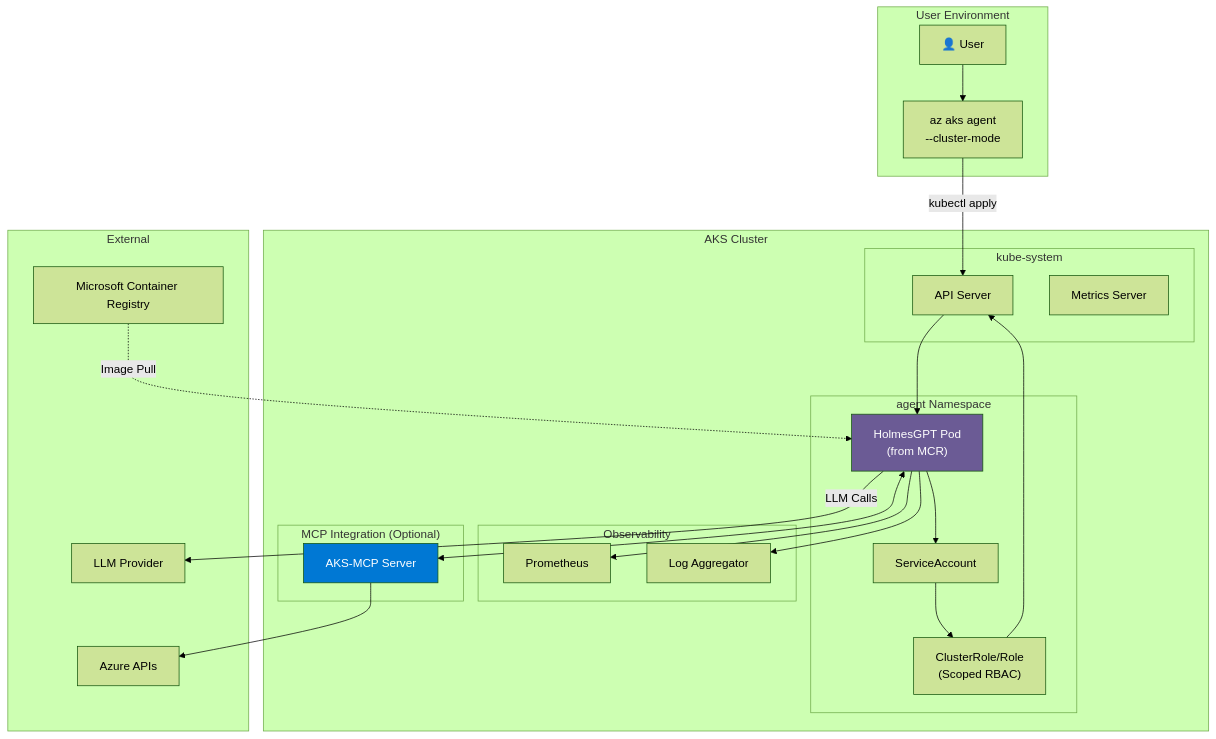
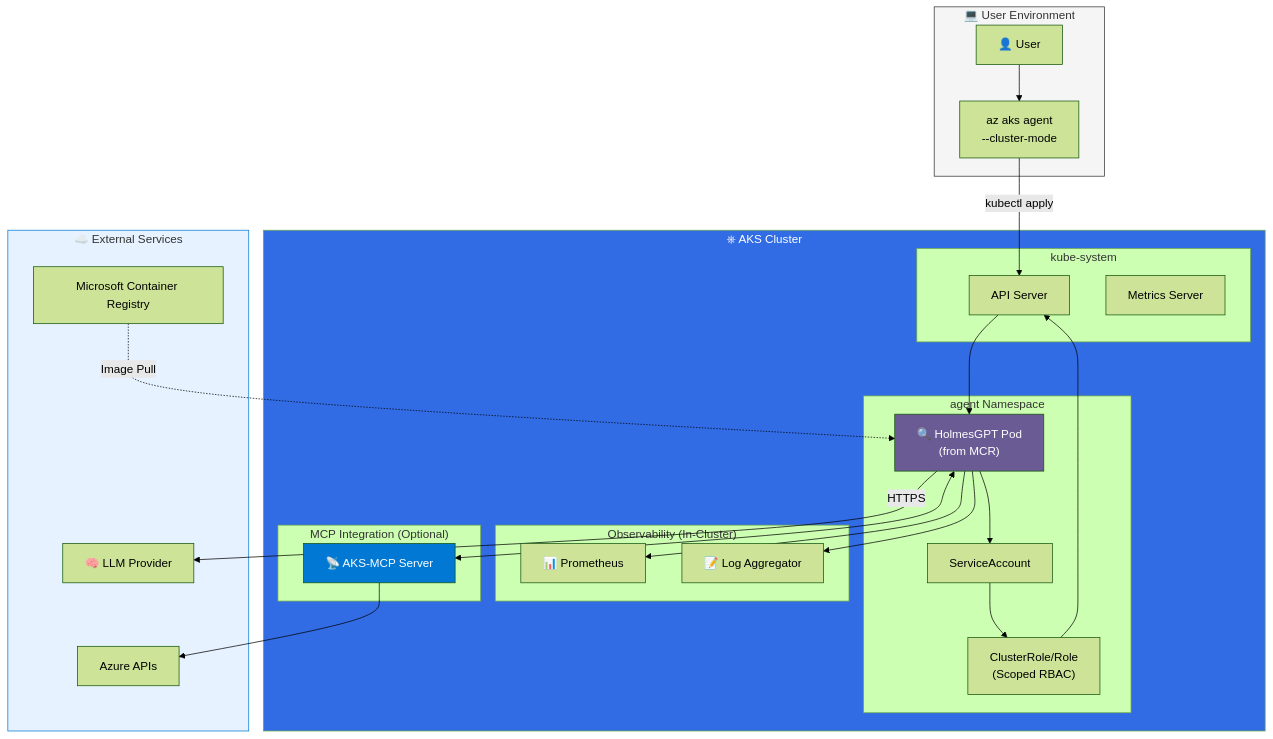
One commit to srinman/platform-engineering changed diagram 11 of 12 in platform-agentic-ai-enhanced.md. Above: the diagram before and after it, drawn with Mermaid (forest theme). The commit also changed other lines of this file, not shown here.

````diff
--- a/platform-agentic-ai-enhanced.md
+++ b/platform-agentic-ai-enhanced.md
@@ -603,51 +709,54 @@
 ```mermaid
 flowchart TB
-    subgraph "User Environment"
+    subgraph DESKTOP["💻 User Environment"]
         USER["👤 User"]
         CLI["az aks agent<br/>--cluster-mode"]
     end
     
-    subgraph "AKS Cluster"
+    subgraph CLUSTER["⎈ AKS Cluster"]
         subgraph "agent Namespace"
-            AGENT_POD["HolmesGPT Pod<br/>(from MCR)"]
+            AGENT_POD["🔍 HolmesGPT Pod<br/>(from MCR)"]
             AGENT_SA["ServiceAccount"]
             AGENT_ROLE["ClusterRole/Role<br/>(Scoped RBAC)"]
         end
         
         subgraph "kube-system"
             API_SERVER["API Server"]
             METRICS["Metrics Server"]
         end
         
-        subgraph "Observability"
-            PROM["Prometheus"]
-            LOGS["Log Aggregator"]
+        subgraph "Observability (In-Cluster)"
+            PROM["📊 Prometheus"]
+            LOGS["📝 Log Aggregator"]
         end
         
         subgraph "MCP Integration (Optional)"
-            AKS_MCP["AKS-MCP Server"]
+            AKS_MCP["📡 AKS-MCP Server"]
         end
     end
     
-    subgraph "External"
-        LLM["LLM Provider"]
+    subgraph EXTERNAL["☁️ External Services"]
+        LLM["🧠 LLM Provider"]
         MCR["Microsoft Container Registry"]
         AZURE["Azure APIs"]
     end
     
     USER --> CLI
     CLI -->|"kubectl apply"| API_SERVER
     API_SERVER --> AGENT_POD
     AGENT_POD --> AGENT_SA
     AGENT_SA --> AGENT_ROLE
     AGENT_ROLE --> API_SERVER
     AGENT_POD --> PROM
     AGENT_POD --> LOGS
     AGENT_POD <--> AKS_MCP
-    AGENT_POD -->|"LLM Calls"| LLM
+    AGENT_POD -->|"HTTPS"| LLM
     MCR -.->|"Image Pull"| AGENT_POD
     AKS_MCP --> AZURE
     
+    style DESKTOP fill:#f5f5f5,stroke:#333
+    style CLUSTER fill:#326CE5,color:white
+    style EXTERNAL fill:#e6f2ff,stroke:#0078D4
     style AGENT_POD fill:#6B5B95,color:white
     style AKS_MCP fill:#0078D4,color:white
 ```
````
